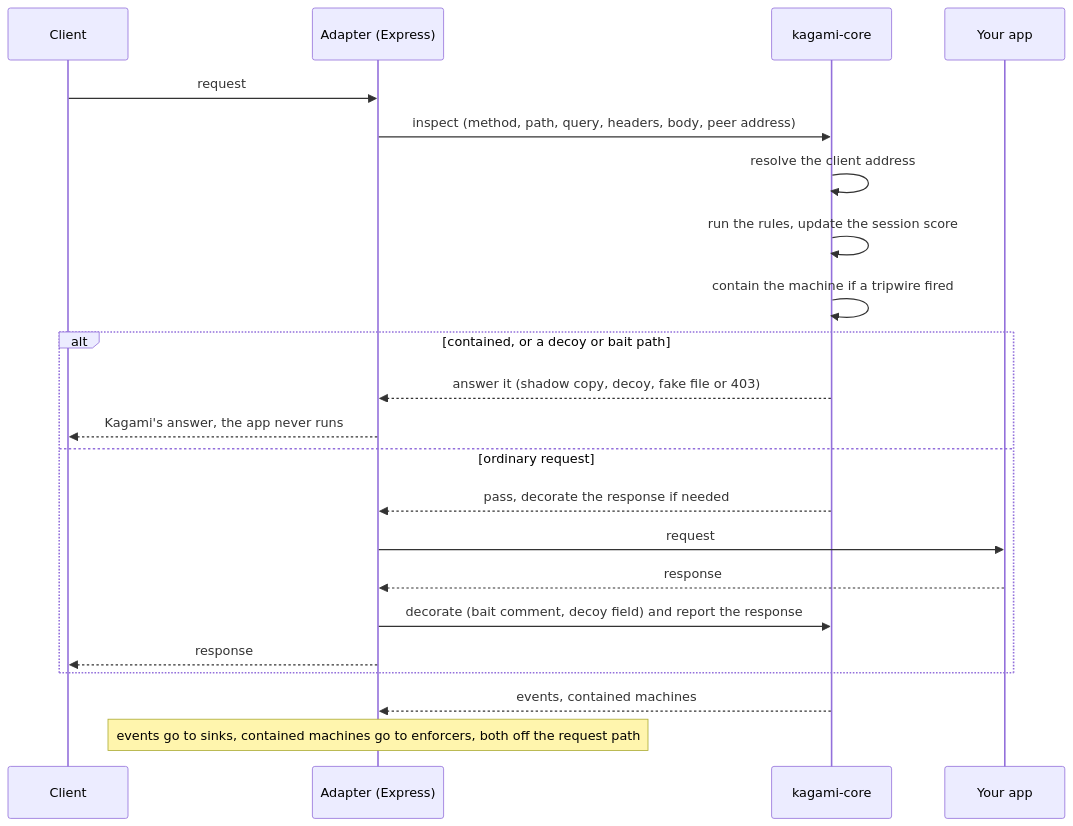
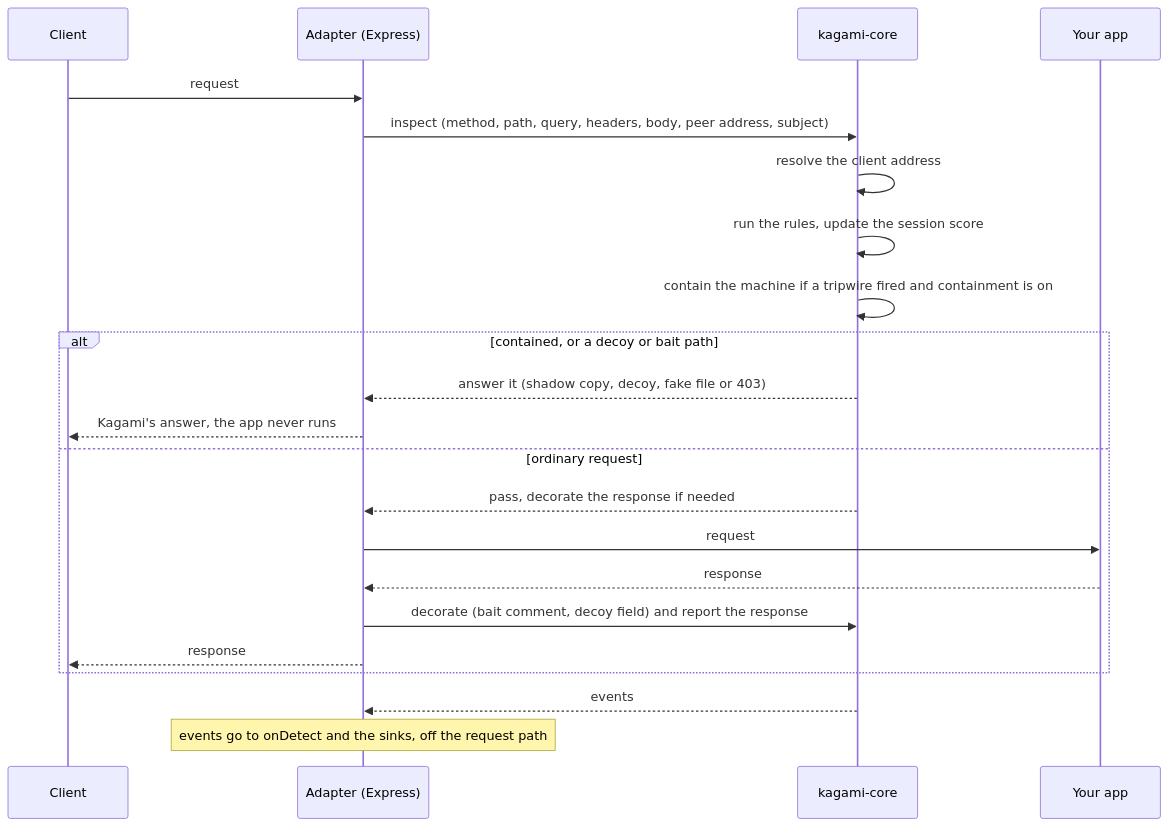
Before and after one commit to agenticslabs-xyz/lurensic: the first of 5 diagrams in docs/guides/how-it-works.md, drawn with Mermaid. The commit also changed other lines of this file and 55 other files, not shown here.

````diff
--- a/docs/guides/how-it-works.md
+++ b/docs/guides/how-it-works.md
@@ -7,24 +7,24 @@
 ```mermaid
 sequenceDiagram
     participant C as Client
     participant A as Adapter (Express)
     participant K as kagami-core
     participant App as Your app
     C->>A: request
-    A->>K: inspect (method, path, query, headers, body, peer address)
+    A->>K: inspect (method, path, query, headers, body, peer address, subject)
     K->>K: resolve the client address
     K->>K: run the rules, update the session score
-    K->>K: contain the machine if a tripwire fired
+    K->>K: contain the machine if a tripwire fired and containment is on
     alt contained, or a decoy or bait path
         K-->>A: answer it (shadow copy, decoy, fake file or 403)
         A-->>C: Kagami's answer, the app never runs
     else ordinary request
         K-->>A: pass, decorate the response if needed
         A->>App: request
         App-->>A: response
         A->>K: decorate (bait comment, decoy field) and report the response
         A-->>C: response
     end
-    K-->>A: events, contained machines
-    Note over A: events go to sinks, contained machines go to enforcers, both off the request path
+    K-->>A: events
+    Note over A: events go to onDetect and the sinks, off the request path
 ```
````
